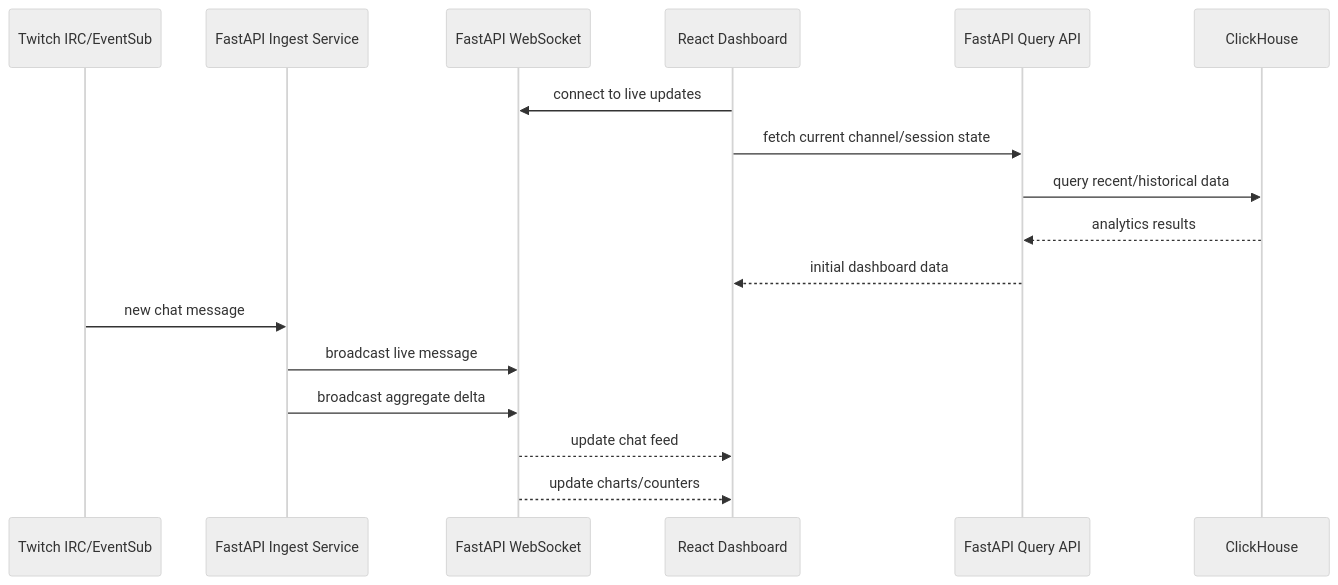
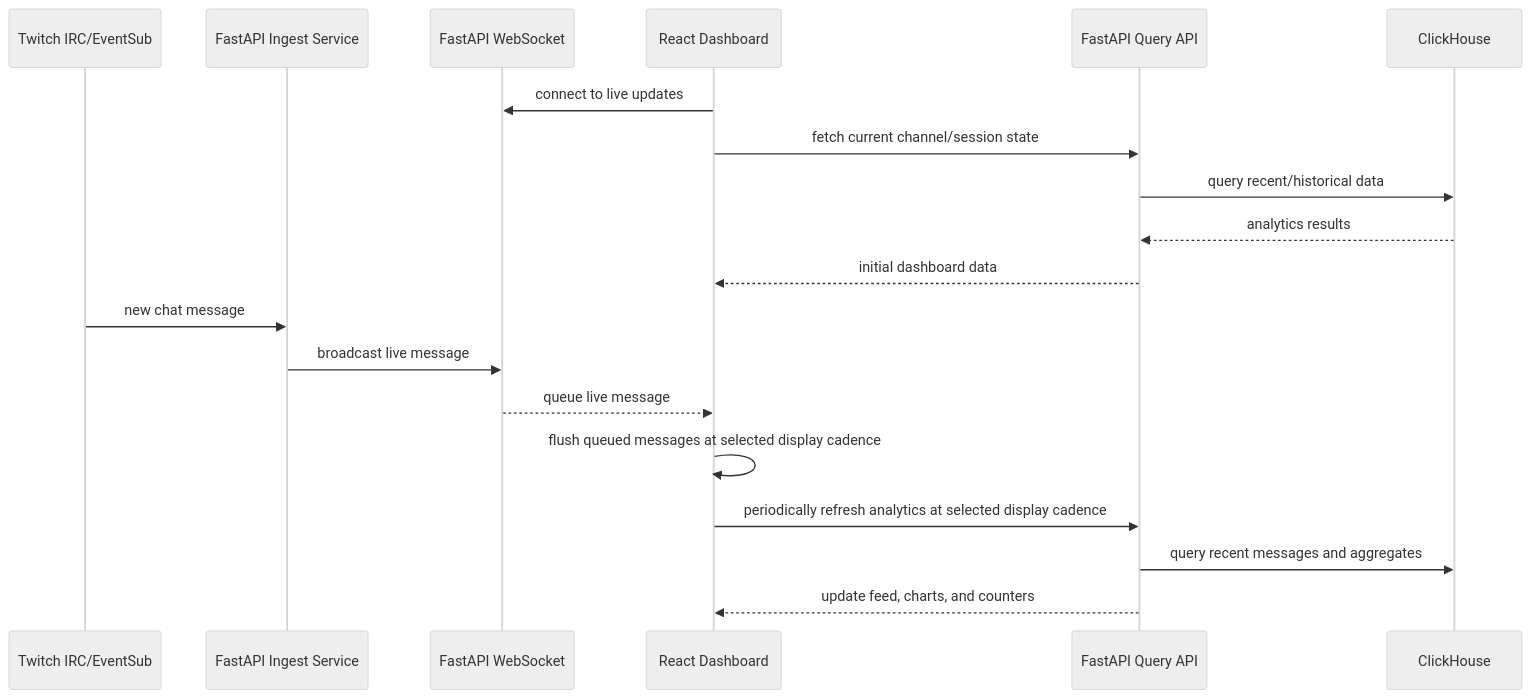
One commit to uwdivad/twitch_analyze changed the third of 4 diagrams in docs/project-flow.md. Above: the diagram before and after it, drawn with Mermaid (neutral theme). The commit also changed other lines of this file and 29 other files, not shown here.

````diff
--- a/docs/project-flow.md
+++ b/docs/project-flow.md
@@ -61,21 +66,23 @@
 ```mermaid
 sequenceDiagram
     participant Twitch as Twitch IRC/EventSub
     participant Ingest as FastAPI Ingest Service
     participant WS as FastAPI WebSocket
     participant UI as React Dashboard
     participant API as FastAPI Query API
     participant CH as ClickHouse
 
     UI->>WS: connect to live updates
     UI->>API: fetch current channel/session state
     API->>CH: query recent/historical data
     CH-->>API: analytics results
     API-->>UI: initial dashboard data
 
     Twitch->>Ingest: new chat message
     Ingest->>WS: broadcast live message
-    Ingest->>WS: broadcast aggregate delta
-    WS-->>UI: update chat feed
-    WS-->>UI: update charts/counters
+    WS-->>UI: queue live message
+    UI->>UI: flush queued messages at selected display cadence
+    UI->>API: periodically refresh analytics at selected display cadence
+    API->>CH: query recent messages and aggregates
+    API-->>UI: update feed, charts, and counters
 ```
````
